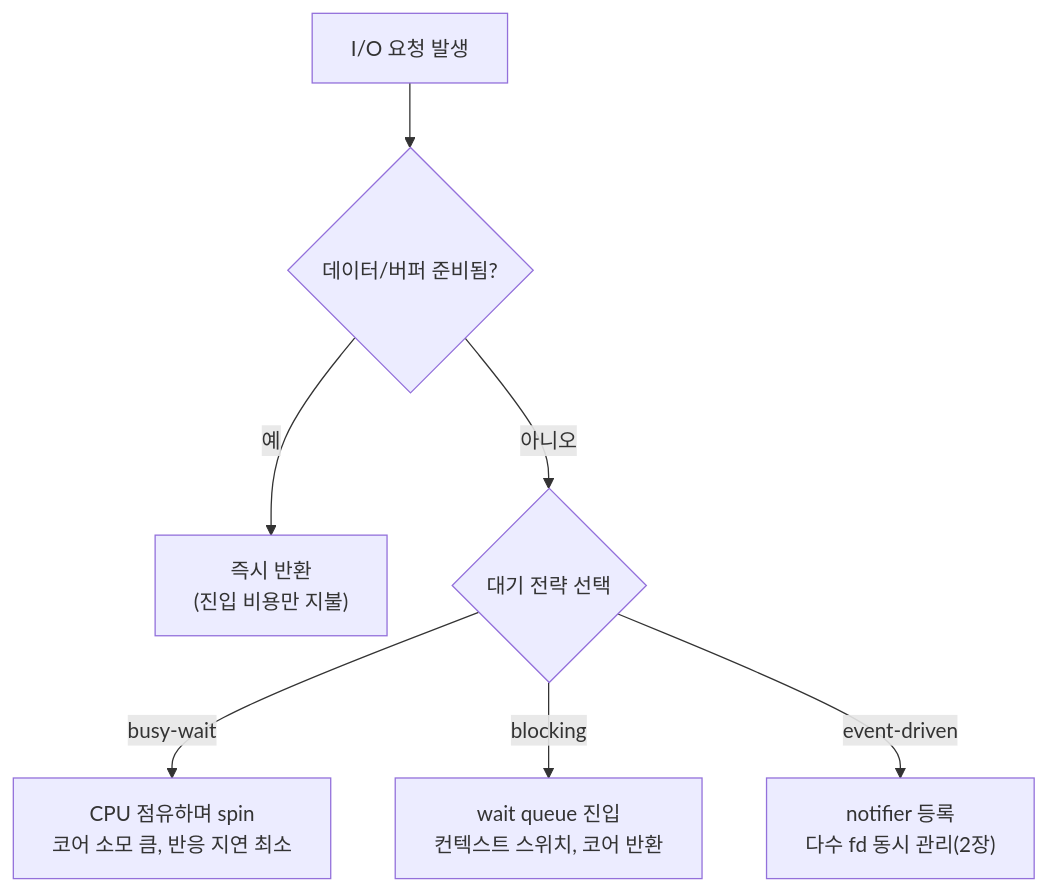
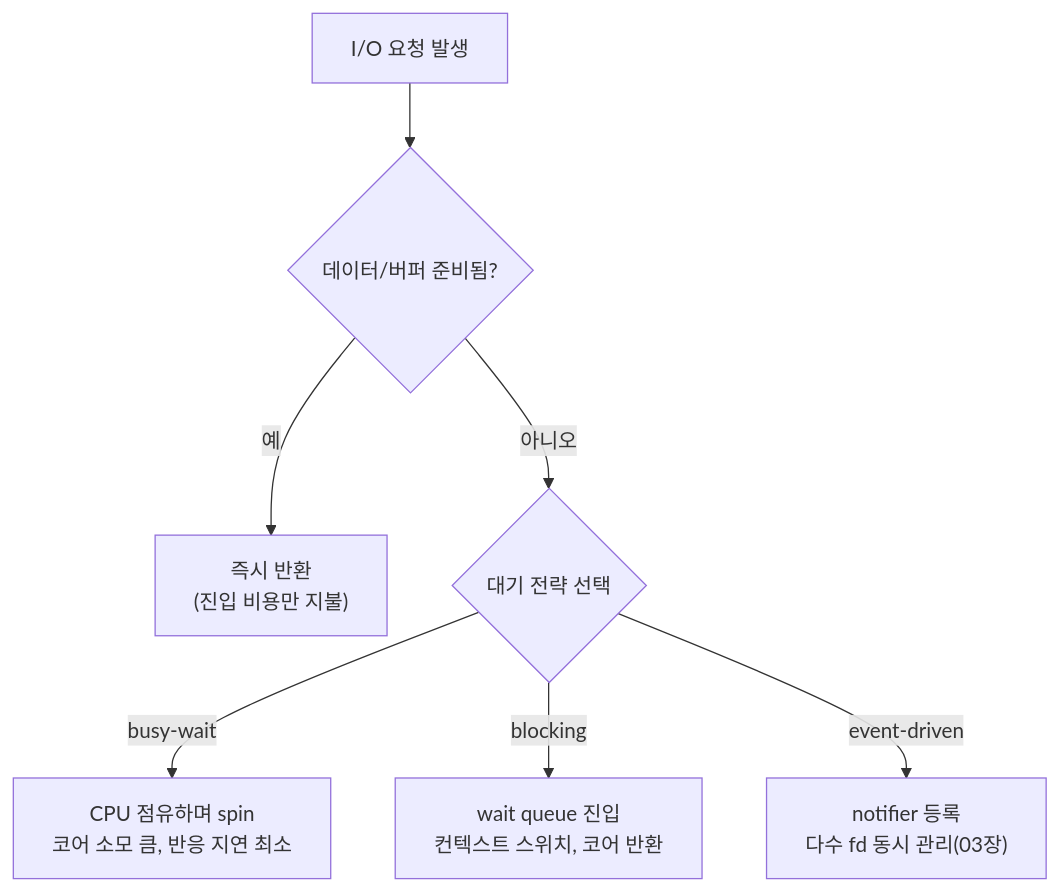
One commit to 42jerrykim/42jerrykim.github.io changed the diagram in content/collection/optimization-09-io-network/02-io-patterns-cost/index.md. Above: the diagram before and after it, drawn with Mermaid. The commit also changed other lines of this file and 1 other file, not shown here.

````diff
--- a/content/collection/optimization-09-io-network/02-io-patterns-cost/index.md
+++ b/content/collection/optimization-09-io-network/02-io-patterns-cost/index.md
@@ -122,10 +129,10 @@
 ```mermaid
 flowchart TD
   start["I/O 요청 발생"]
   start --> checkReady{"데이터/버퍼 준비됨?"}
   checkReady -->|"예"| fastPath["즉시 반환</br>(진입 비용만 지불)"]
   checkReady -->|"아니오"| waitChoice{"대기 전략 선택"}
   waitChoice -->|"busy-wait"| spin["CPU 점유하며 spin</br>코어 소모 큼, 반응 지연 최소"]
   waitChoice -->|"blocking"| block["wait queue 진입</br>컨텍스트 스위치, 코어 반환"]
-  waitChoice -->|"event-driven"| notify["notifier 등록</br>다수 fd 동시 관리(2장)"]
+  waitChoice -->|"event-driven"| notify["notifier 등록</br>다수 fd 동시 관리(03장)"]
 ```
````
